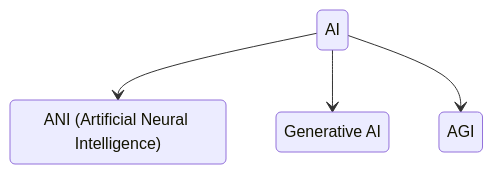
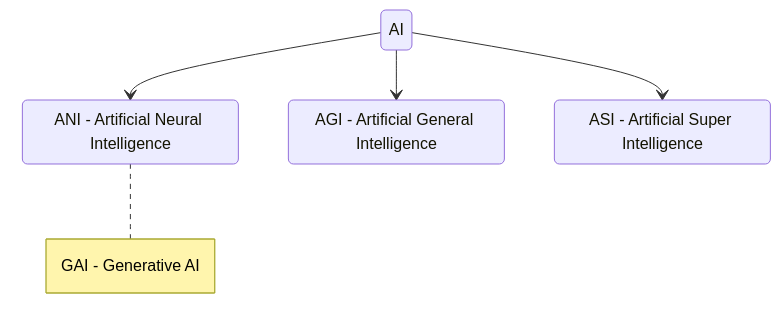
The first of 2 diagrams in content/docs/ai/terminology.md (arshadhs/arshadhs.github.io), drawn with Mermaid before and after one commit. The commit also changed other lines of this file and 4 other files, not shown here.

```diff
--- a/content/docs/ai/terminology.md
+++ b/content/docs/ai/terminology.md
@@ -14,10 +14,15 @@
 {{<mermaid>}}
 stateDiagram-v2
     State1: AI
 	State1 --> ANI
-	ANI: ANI (Artificial Neural Intelligence)
-	State1 --> 	GAI
-	GAI: Generative AI
+	ANI: ANI - Artificial Neural Intelligence
+	note right of ANI
+		GAI - Generative AI
+	end note
 	State1 --> 	AGI
+	AGI: AGI - Artificial General Intelligence
+	State1 --> ASI
+	ASI: ASI - Artificial Super Intelligence
+
 
 {{</mermaid>}}
```
